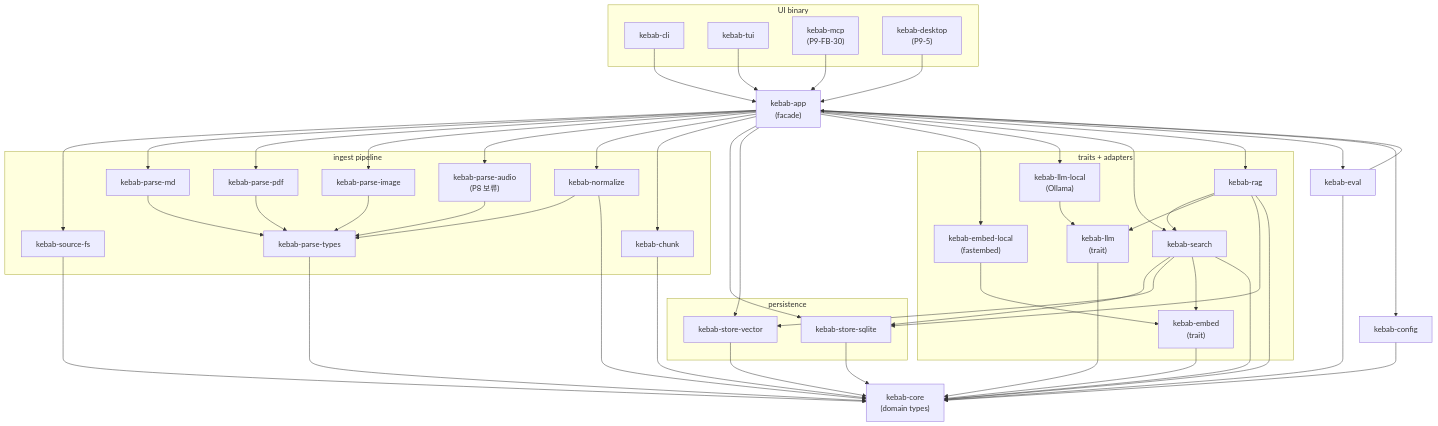
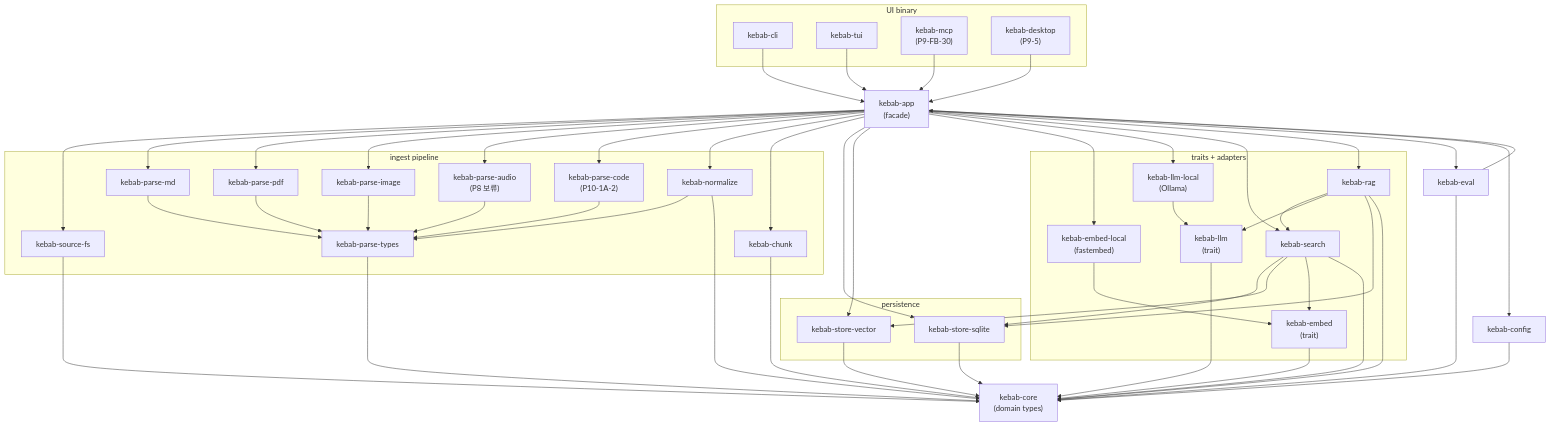
The diagram in docs/ARCHITECTURE.md (altair823/kebab), drawn with Mermaid before and after one commit. The commit also changed other lines of this file and 10 other files, not shown here.

```diff
--- a/docs/ARCHITECTURE.md
+++ b/docs/ARCHITECTURE.md
@@ -50,6 +51,7 @@
         ppdf["kebab-parse-pdf"]
         pimg["kebab-parse-image"]
         paud["kebab-parse-audio<br/>(P8 보류)"]
+        pcode["kebab-parse-code<br/>(P10-1A-2)"]
         ptypes["kebab-parse-types"]
         norm["kebab-normalize"]
         chunk["kebab-chunk"]
@@ -80,6 +82,7 @@
     app --> ppdf
     app --> pimg
     app --> paud
+    app --> pcode
     app --> norm
     app --> chunk
     app --> sqlite
@@ -95,6 +98,7 @@
     ppdf --> ptypes
     pimg --> ptypes
     paud --> ptypes
+    pcode --> ptypes
     norm --> ptypes
     embedlocal --> embed
     llmlocal --> llm
```
